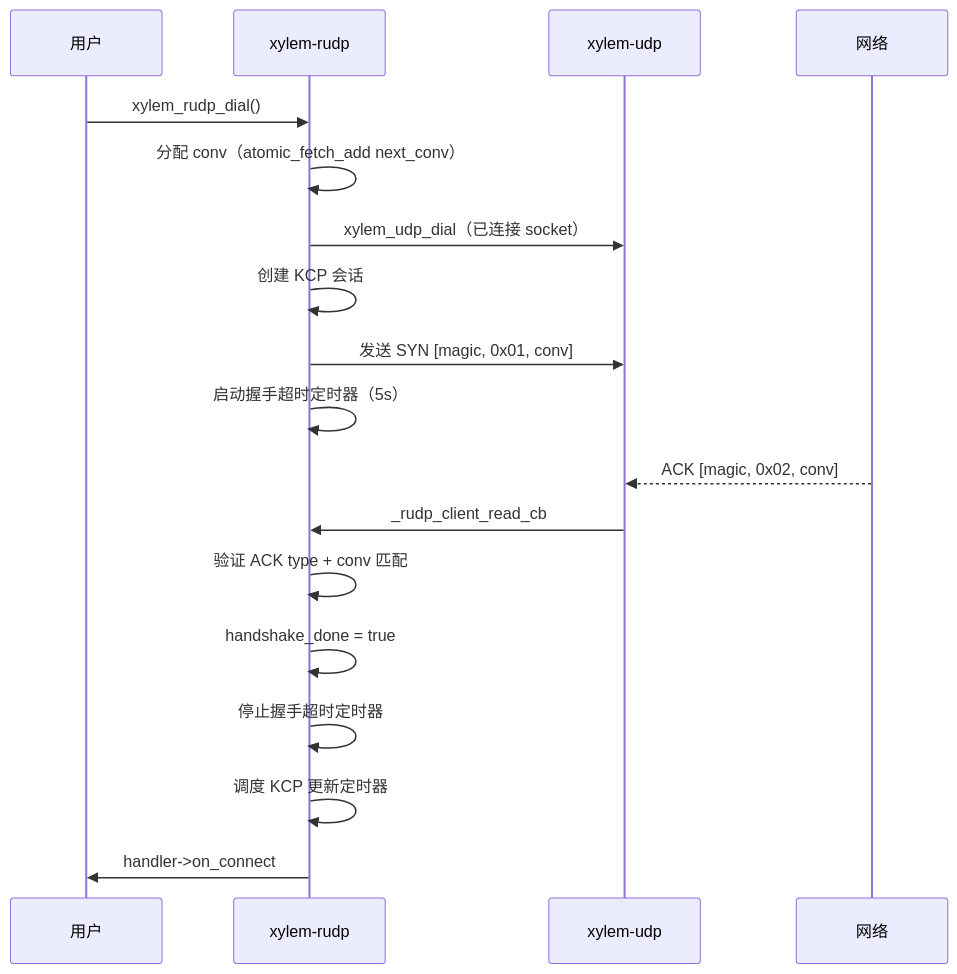
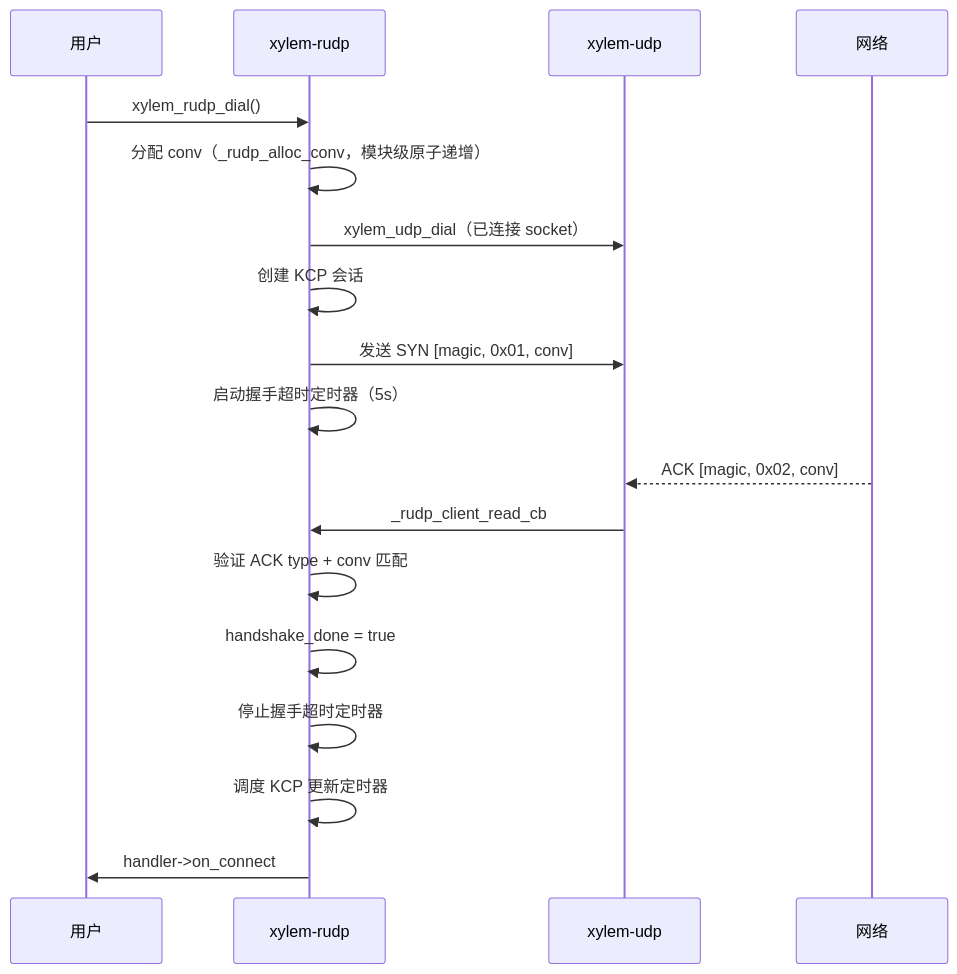
Before and after one commit to MeristemForge/Xylem: the second of 8 diagrams in docs/rudp-design.md, drawn with Mermaid. The commit also changed other lines of this file and 6 other files, not shown here.

Commit message:
rudp: remove xylem_rudp_ctx_t, internalize conv allocation

````diff
--- a/docs/rudp-design.md
+++ b/docs/rudp-design.md
@@ -150,21 +148,21 @@
 ```mermaid
 sequenceDiagram
     participant User as 用户
     participant RUDP as xylem-rudp
     participant UDP as xylem-udp
     participant Net as 网络
 
     User->>RUDP: xylem_rudp_dial()
-    RUDP->>RUDP: 分配 conv（atomic_fetch_add next_conv）
+    RUDP->>RUDP: 分配 conv（_rudp_alloc_conv，模块级原子递增）
     RUDP->>UDP: xylem_udp_dial（已连接 socket）
     RUDP->>RUDP: 创建 KCP 会话
     RUDP->>UDP: 发送 SYN [magic, 0x01, conv]
     RUDP->>RUDP: 启动握手超时定时器（5s）
     Net-->>UDP: ACK [magic, 0x02, conv]
     UDP->>RUDP: _rudp_client_read_cb
     RUDP->>RUDP: 验证 ACK type + conv 匹配
     RUDP->>RUDP: handshake_done = true
     RUDP->>RUDP: 停止握手超时定时器
     RUDP->>RUDP: 调度 KCP 更新定时器
     RUDP->>User: handler->on_connect
 ```
````
